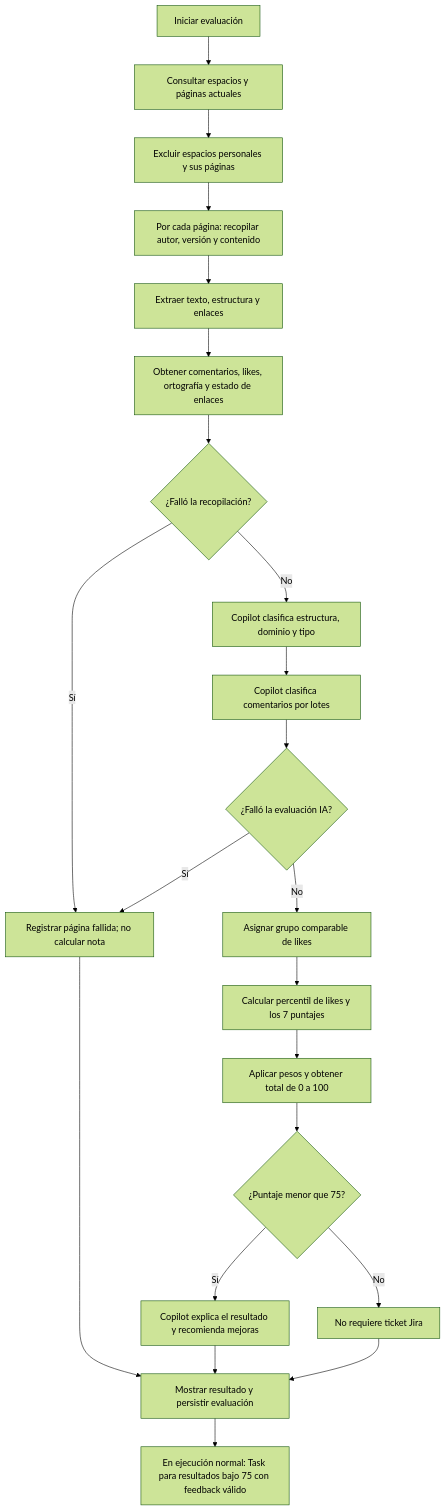
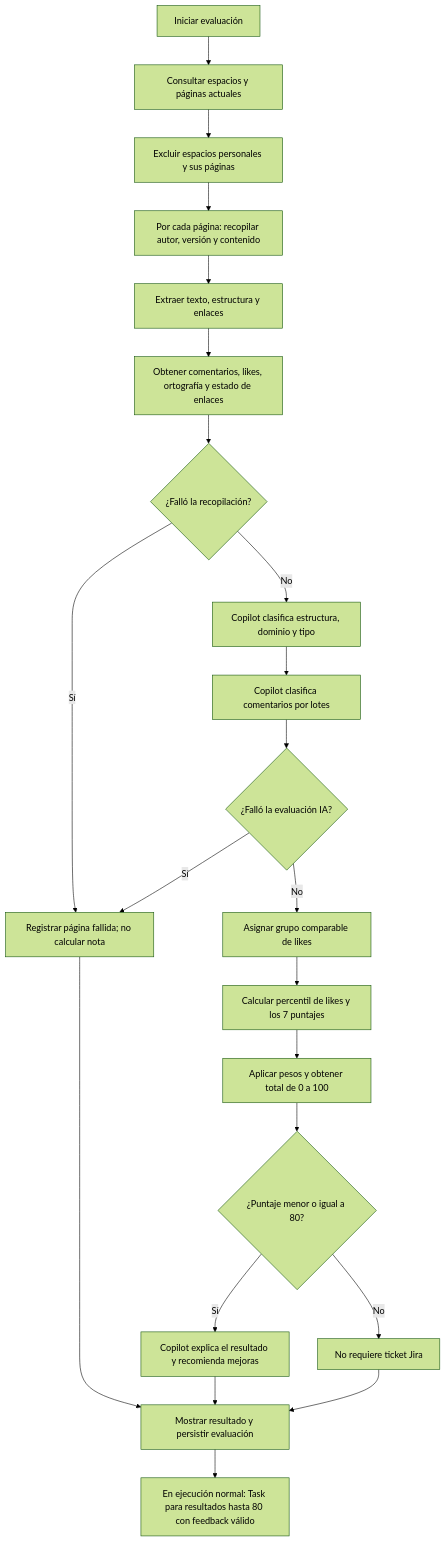
The diagram in scripts/evaluate_confluence/README.md (hackathon-nullpointers/confluence-evaluator), drawn with Mermaid (forest theme) before and after one commit. The commit also changed other lines of this file and 4 other files, not shown here.

````diff
--- a/scripts/evaluate_confluence/README.md
+++ b/scripts/evaluate_confluence/README.md
@@ -38,24 +38,24 @@
 ```mermaid
 flowchart TD
     A[Iniciar evaluación] --> B[Consultar espacios y páginas actuales]
     B --> B1[Excluir espacios personales y sus páginas]
     B1 --> C[Por cada página: recopilar autor, versión y contenido]
     C --> D[Extraer texto, estructura y enlaces]
     D --> E[Obtener comentarios, likes, ortografía y estado de enlaces]
     E --> F{¿Falló la recopilación?}
     F -- Sí --> X[Registrar página fallida; no calcular nota]
     F -- No --> G[Copilot clasifica estructura, dominio y tipo]
     G --> H[Copilot clasifica comentarios por lotes]
     H --> I{¿Falló la evaluación IA?}
     I -- Sí --> X
     I -- No --> J[Asignar grupo comparable de likes]
     J --> K[Calcular percentil de likes y los 7 puntajes]
     K --> L[Aplicar pesos y obtener total de 0 a 100]
-    L --> M{¿Puntaje menor que 75?}
+    L --> M{¿Puntaje menor o igual a 80?}
     M -- Sí --> N[Copilot explica el resultado y recomienda mejoras]
     M -- No --> O[No requiere ticket Jira]
     N --> P[Mostrar resultado y persistir evaluación]
     O --> P
-    P --> Q[En ejecución normal: Task para resultados bajo 75 con feedback válido]
+    P --> Q[En ejecución normal: Task para resultados hasta 80 con feedback válido]
     X --> P
 ```
````
